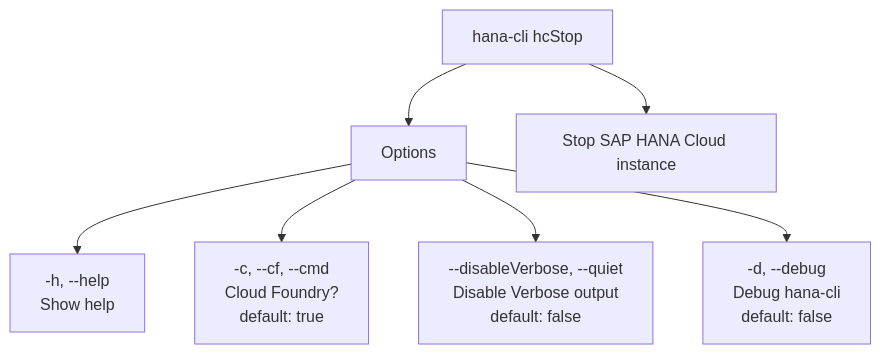
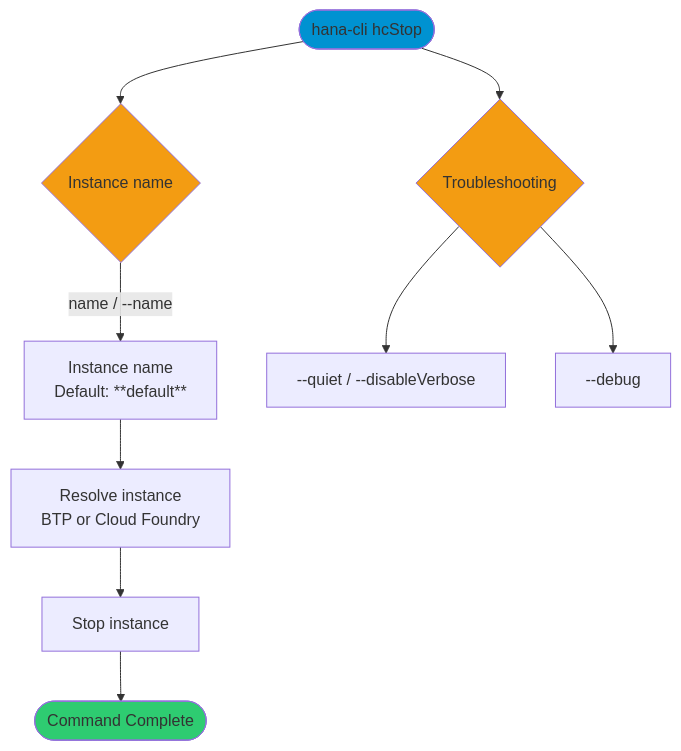
One commit to SAP-samples/hana-developer-cli-tool-example changed the diagram in docs/02-commands/hana-cloud/hana-cloud-stop.md. Above: the diagram before and after it, drawn with Mermaid. The commit also changed other lines of this file and 8 other files, not shown here.

Commit message:
feat: enhance documentation for HANA Cloud commands with improved clarity and consistency

````diff
--- a/docs/02-commands/hana-cloud/hana-cloud-stop.md
+++ b/docs/02-commands/hana-cloud/hana-cloud-stop.md
@@ -25,9 +25,16 @@
 ```mermaid
 graph TD
-    A["hana-cli hcStop"] --> B["Options"]
-    B --> C["-h, --help<br/>Show help"]
-    B --> D["-c, --cf, --cmd<br/>Cloud Foundry?<br/>default: true"]
-    B --> E["--disableVerbose, --quiet<br/>Disable Verbose output<br/>default: false"]
-    B --> F["-d, --debug<br/>Debug hana-cli<br/>default: false"]
-    A --> G["Stop SAP HANA Cloud instance"]
+    Start([hana-cli hcStop]) --> Input{Instance name}
+    Input -->|name / --name| Name["Instance name<br/>Default: **default**"]
+    Name --> Resolve["Resolve instance<br/>BTP or Cloud Foundry"]
+    Resolve --> Action["Stop instance"]
+    Start --> Options{Troubleshooting}
+    Options --> Quiet["--quiet / --disableVerbose"]
+    Options --> Debug["--debug"]
+    Action --> Complete([Command Complete])
+
+    style Start fill:#0092d1
+    style Complete fill:#2ecc71
+    style Input fill:#f39c12
+    style Options fill:#f39c12
 ```
````
